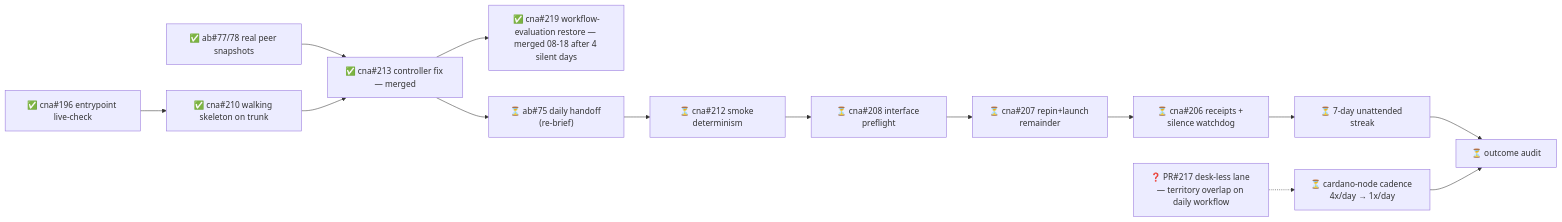
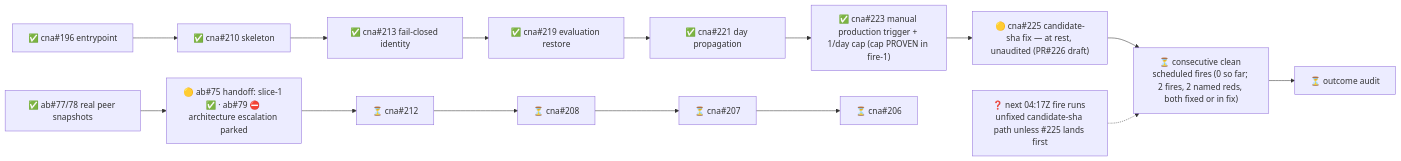
Before and after one commit to cardano-foundation/cardano-node-antithesis: the diagram in .milestones/2/state.md, drawn with Mermaid. The commit also changed other lines of this file and 1 other file, not shown here.

Commit message:
milestones: 2 2026-08-19T16:11:55Z

````diff
--- a/.milestones/2/state.md
+++ b/.milestones/2/state.md
@@ -6,12 +6,10 @@
 ```mermaid
 flowchart LR
-    e196["✅ cna#196 entrypoint live-check"] --> e210["✅ cna#210 walking skeleton on trunk"]
-    p78["✅ ab#77/78 real peer snapshots"] --> e213
-    e210 --> e213["✅ cna#213 controller fix — merged"] --> e219["✅ cna#219 workflow-evaluation restore — merged 08-18 after 4 silent days"]
-    e213 --> t75["⏳ ab#75 daily handoff (re-brief)"]
-    t75 --> e212["⏳ cna#212 smoke determinism"] --> e208["⏳ cna#208 interface preflight"]
-    e208 --> e207["⏳ cna#207 repin+launch remainder"] --> e206["⏳ cna#206 receipts + silence watchdog"]
-    e206 --> streak["⏳ 7-day unattended streak"] --> audit["⏳ outcome audit"]
-    cad["⏳ cardano-node cadence 4x/day → 1x/day"] --> audit
-    foreign["❓ PR#217 desk-less lane — territory overlap on daily workflow"] -.-> cad
+    e196["✅ cna#196 entrypoint"] --> e210["✅ cna#210 skeleton"] --> e213["✅ cna#213 fail-closed identity"] --> e219["✅ cna#219 evaluation restore"]
+    e219 --> e221["✅ cna#221 day propagation"] --> e223["✅ cna#223 manual production trigger + 1/day cap (cap PROVEN in fire-1)"]
+    e223 --> e225["🟡 cna#225 candidate-sha fix — at rest, unaudited (PR#226 draft)"]
+    p78["✅ ab#77/78 real peer snapshots"] --> t75
+    t75["🟡 ab#75 handoff: slice-1 ✅ · ab#79 ⛔ architecture escalation parked"] --> e212["⏳ cna#212"] --> e208["⏳ cna#208"] --> e207["⏳ cna#207"] --> e206["⏳ cna#206"]
+    e225 --> fires["⏳ consecutive clean scheduled fires (0 so far; 2 fires, 2 named reds, both fixed or in fix)"] --> audit["⏳ outcome audit"]
+    unknown["❓ next 04:17Z fire runs unfixed candidate-sha path unless #225 lands first"] -.-> fires
 ```
````
